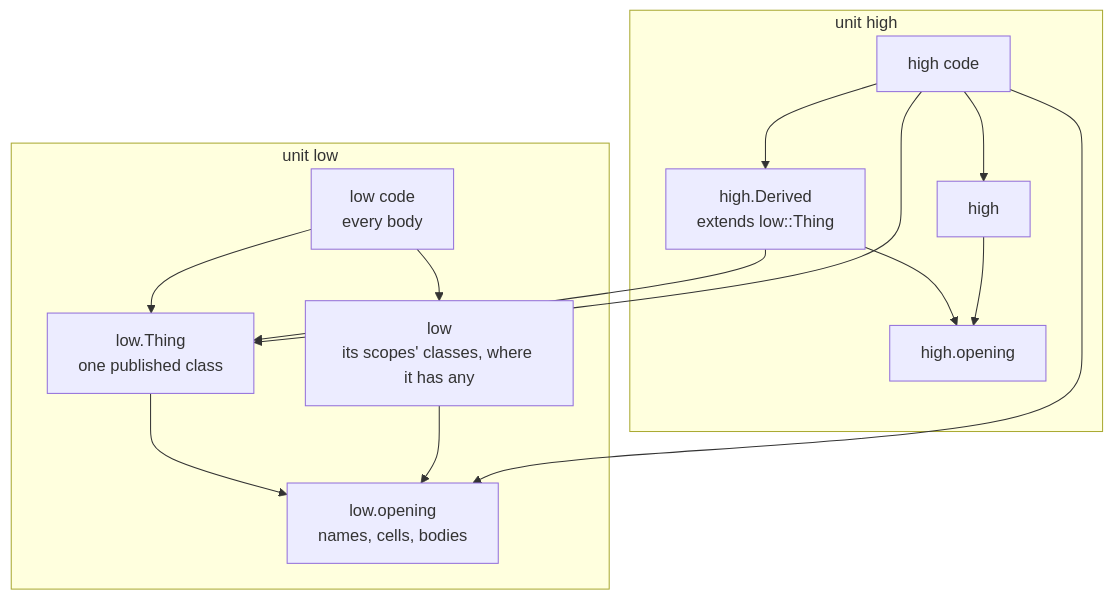
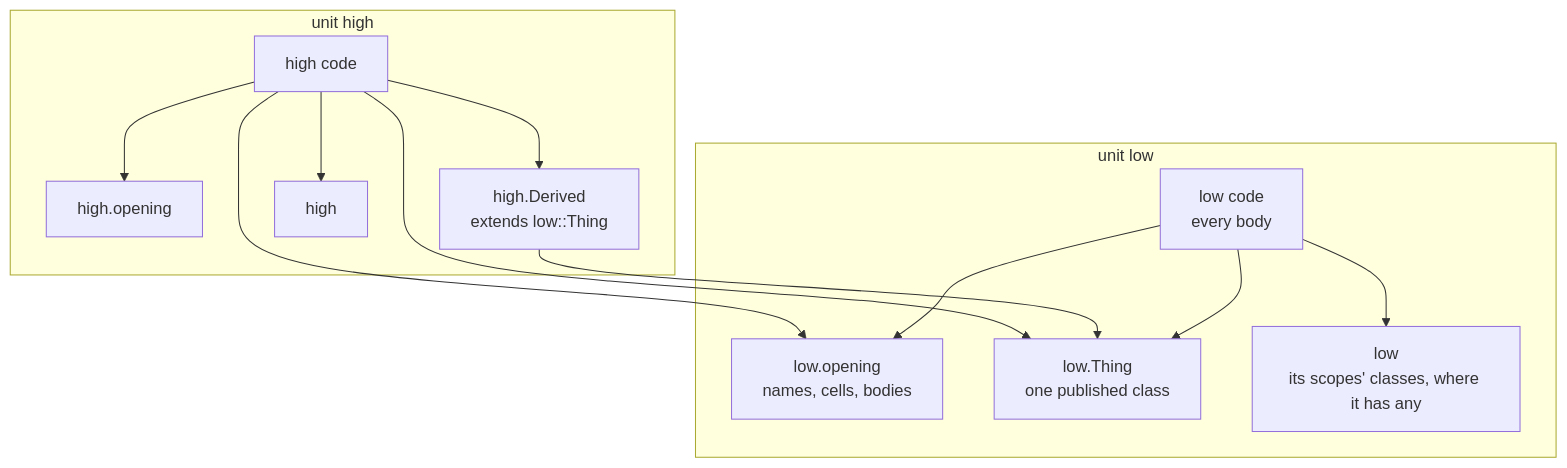
Before and after one commit to hankhsu1996/lyra: the diagram in docs/architecture/emission_model.md, drawn with Mermaid. The commit also changed other lines of this file and 19 other files, not shown here.

````diff
--- a/docs/architecture/emission_model.md
+++ b/docs/architecture/emission_model.md
@@ -223,26 +223,24 @@
 ```mermaid
 flowchart TB
   subgraph LOW["unit low"]
     LO["low.opening<br/>names, cells, bodies"]
     LT["low.Thing<br/>one published class"]
     LU["low<br/>its scopes' classes, where it has any"]
     LC["low code<br/>every body"]
   end
   subgraph HIGH["unit high"]
     HO["high.opening"]
     HD["high.Derived<br/>extends low::Thing"]
     HU["high"]
     HC["high code"]
   end
-  LT --> LO
-  LU --> LO
+  LC --> LO
   LC --> LU
   LC --> LT
-  HD --> HO
   HD --> LT
-  HU --> HO
+  HC --> HO
   HC --> HU
   HC --> HD
   HC --> LT
   HC --> LO
 ```
````
